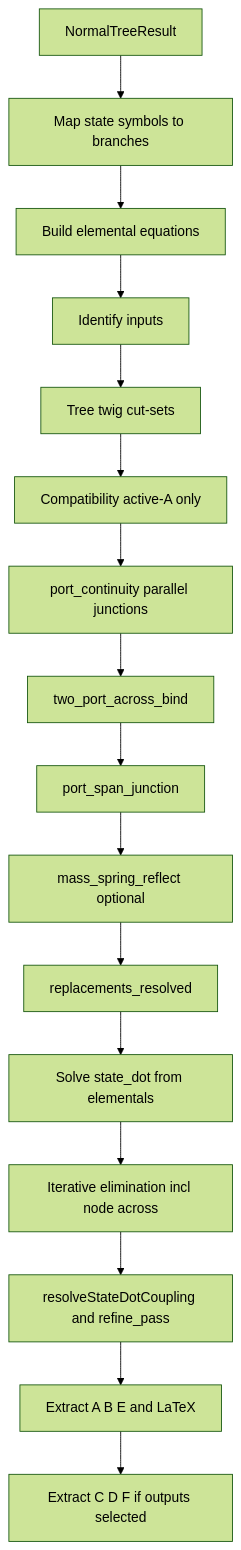
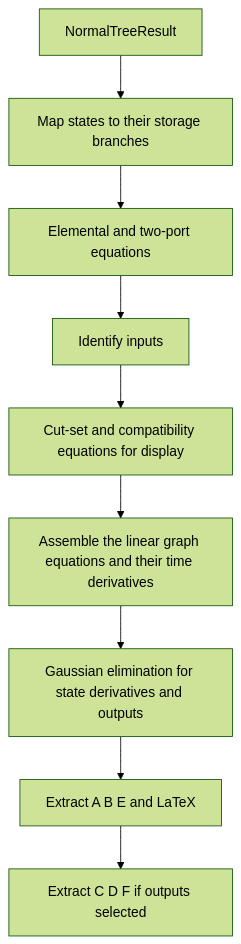
The third of 3 diagrams in docs/state_space_from_normal_tree.md (FurkanKaraketir/LGM), drawn with Mermaid (forest theme) before and after one commit. The commit also changed other lines of this file and 32 other files, not shown here.

````diff
--- a/docs/state_space_from_normal_tree.md
+++ b/docs/state_space_from_normal_tree.md
@@ -203,18 +198,11 @@
 ```mermaid
 flowchart TD
-    normalTree[NormalTreeResult] --> mapStates[Map state symbols to branches]
-    mapStates --> elementals[Build elemental equations]
+    normalTree[NormalTreeResult] --> mapStates[Map states to their storage branches]
+    mapStates --> elementals[Elemental and two-port equations]
     elementals --> inputs[Identify inputs]
-    inputs --> cuts[Tree twig cut-sets]
-    cuts --> compat[Compatibility active-A only]
-    compat --> portCont[port_continuity parallel junctions]
-    portCont --> twoPortAcross[two_port_across_bind]
-    twoPortAcross --> portSpan[port_span_junction]
-    portSpan --> massSpring[mass_spring_reflect optional]
-    massSpring --> replacements[replacements_resolved]
-    replacements --> stateDots[Solve state_dot from elementals]
-    stateDots --> eliminate[Iterative elimination incl node across]
-    eliminate --> coupling[resolveStateDotCoupling and refine_pass]
-    coupling --> stateMatrix[Extract A B E and LaTeX]
+    inputs --> display[Cut-set and compatibility equations for display]
+    display --> assemble[Assemble the linear graph equations and their time derivatives]
+    assemble --> solve[Gaussian elimination for state derivatives and outputs]
+    solve --> stateMatrix[Extract A B E and LaTeX]
     stateMatrix --> outputMatrix[Extract C D F if outputs selected]
 ```
````
